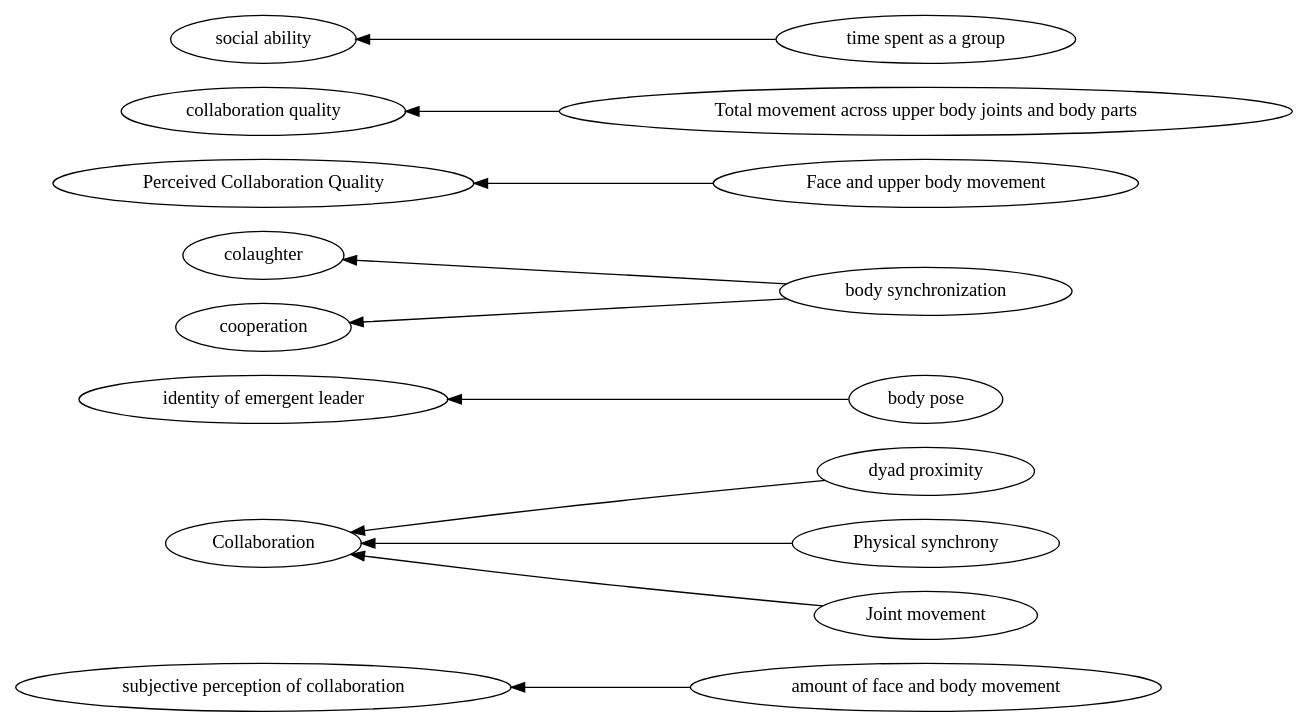
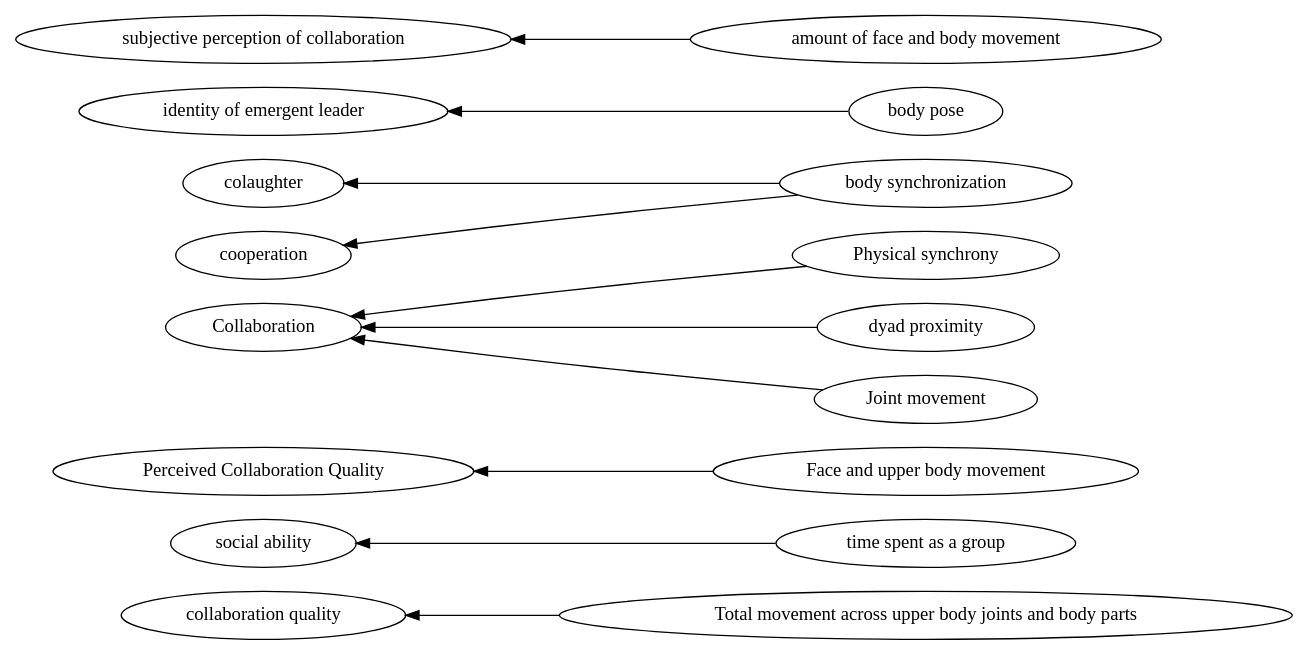
The diagram in graphviz/Body -> interpersonal.gv (hgse-schneider/mmca), drawn with Graphviz before and after one commit. The commit also changed 154 other files, not shown here.

```diff
--- a/graphviz/Body -> interpersonal.gv
+++ b/graphviz/Body -> interpersonal.gv
@@ -1,28 +1,28 @@
 digraph Test {
 	rankdir=RL
 	size="15,15"
 	overlap=false
 	splines=true
-	{rank=same; "amount of face and body movement" "dyad proximity" "Physical synchrony" "body pose" "Joint movement" "body synchronization" "Face and upper body movement" "Total movement across upper body joints and body parts" "time spent as a group";}
-	{rank=same; "subjective perception of collaboration" "colaughter" "Collaboration" "identity of emergent leader" "collaboration quality" "social ability" "Perceived Collaboration Quality" "cooperation";}
+	{rank=same; "Total movement across upper body joints and body parts" "time spent as a group" "Face and upper body movement" "Physical synchrony" "body synchronization" "body pose" "dyad proximity" "Joint movement" "amount of face and body movement";}
+	{rank=same; "identity of emergent leader" "subjective perception of collaboration" "Collaboration" "social ability" "colaughter" "collaboration quality" "Perceived Collaboration Quality" "cooperation";}
 	"Face and upper body movement" [href="https://scholar.google.com/scholar?hl=en&q=Modeling%20Team-level%20Multimodal%20Dynamics%20during%20Multiparty%20Collaboration"]
 	"Face and upper body movement" -> "Perceived Collaboration Quality"
 	"body pose" [href="https://scholar.google.com/scholar?hl=en&q=Real-time%20mutual%20gaze%20perception"]
 	"body pose" -> "identity of emergent leader"
 	"amount of face and body movement" [href="https://scholar.google.com/scholar?hl=en&q=Focused%20or%20Stuck%20Together:%20Multimodal%20Patterns%20Reveal%20Triads’%20Performance%20in%20Collaborative%20Problem%20Solving"]
 	"amount of face and body movement" -> "subjective perception of collaboration"
 	"time spent as a group" [href="https://scholar.google.com/scholar?hl=en&q=Using%20Motion%20Sensors%20to%20Understand%20Collaborative%20Interactions%20in%20Digital%20Fabrication%20Labs"]
 	"time spent as a group" -> "social ability"
 	"body synchronization" [href="https://scholar.google.com/scholar?hl=en&q=Body%20synchrony%20in%20triadic%20interaction"]
 	"body synchronization" -> cooperation
 	"body synchronization" [href="https://scholar.google.com/scholar?hl=en&q=Body%20synchrony%20in%20triadic%20interaction"]
 	"body synchronization" -> colaughter
 	"Physical synchrony" [href="https://scholar.google.com/scholar?hl=en&q=Predicting%20the%20Quality%20of%20Collaborative%20Problem%20Solving%20Through%20Linguistic%20Analysis%20of%20Discourse"]
 	"Physical synchrony" -> Collaboration
 	"Total movement across upper body joints and body parts" [href="https://scholar.google.com/scholar?hl=en&q=Toward%20Using%20Multi-Modal%20Learning%20Analytics%20to%20Support%20and%20Measure%20Collaboration%20in%20Co-Located%20Dyads"]
 	"Total movement across upper body joints and body parts" -> "collaboration quality"
 	"Joint movement" [href="https://scholar.google.com/scholar?hl=en&q=Exploring%20Collaboration%20Using%20Motion%20Sensors%20and%20Multi-Modal%20Learning%20Analytics"]
 	"Joint movement" -> Collaboration
 	"dyad proximity" [href="https://scholar.google.com/scholar?hl=en&q=Exploring%20Collaboration%20Using%20Motion%20Sensors%20and%20Multi-Modal%20Learning%20Analytics"]
 	"dyad proximity" -> Collaboration
 }
```
